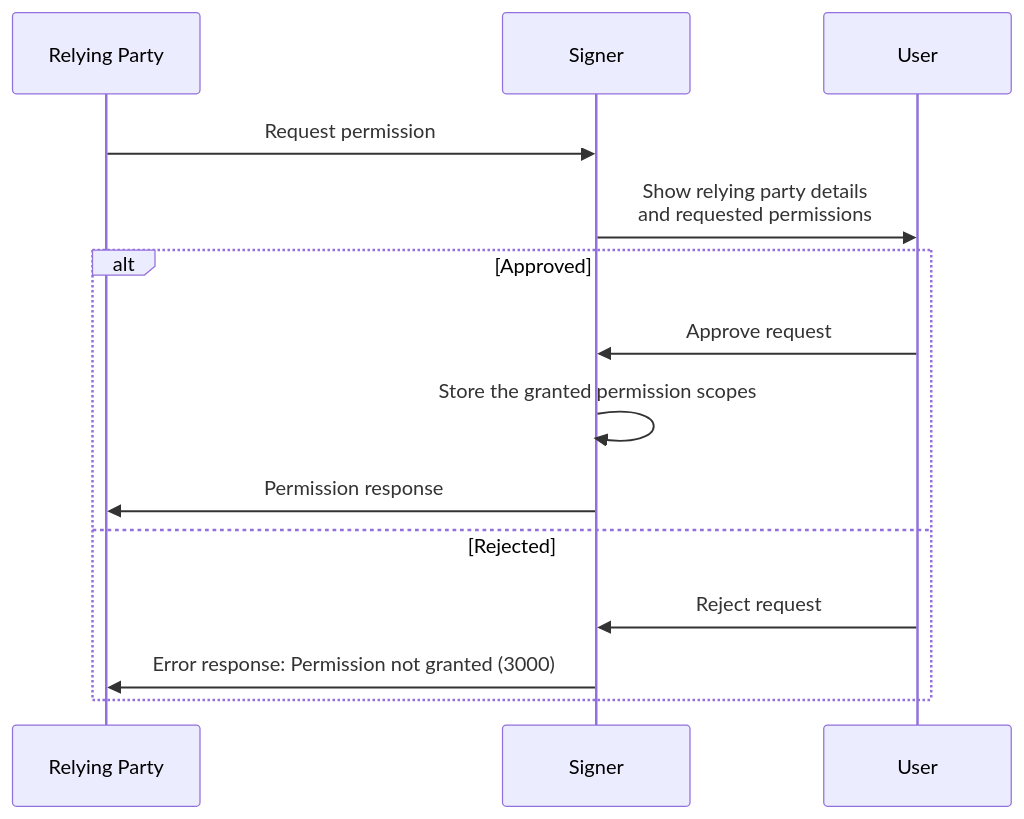
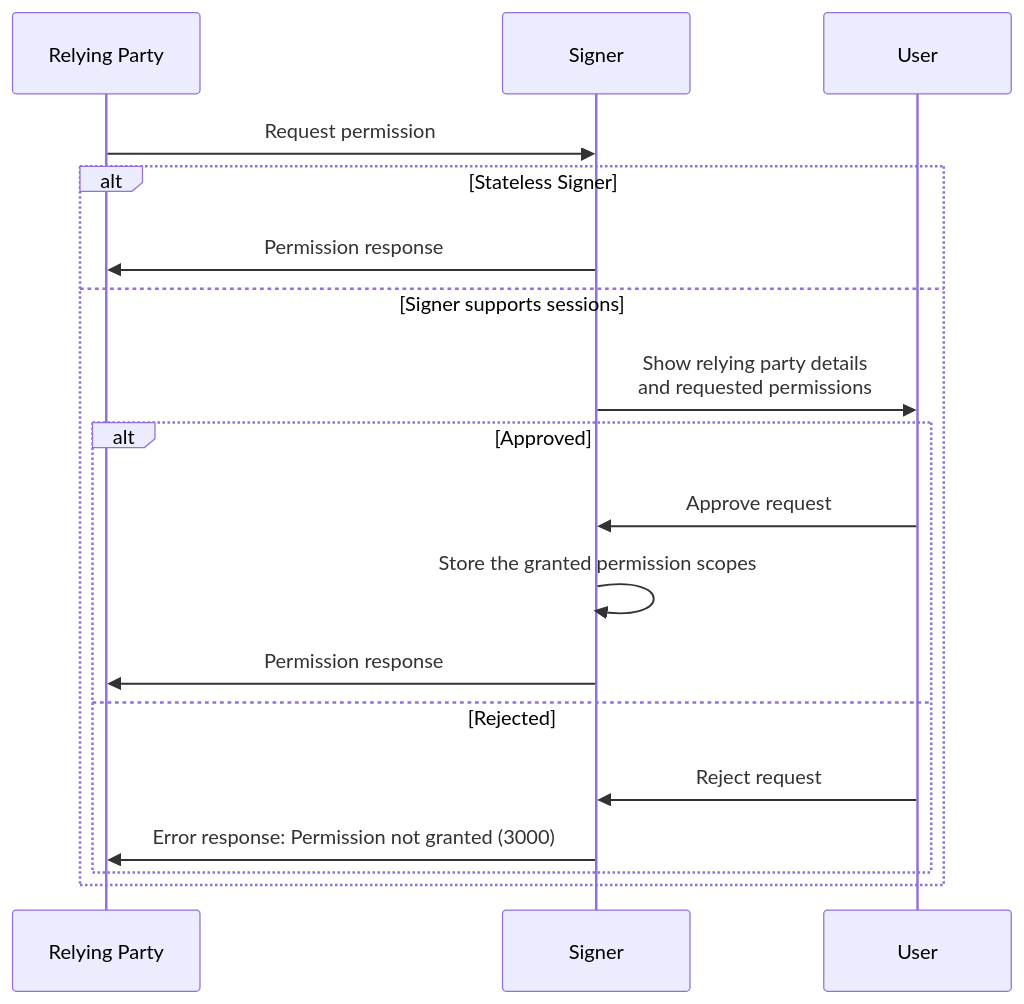
The first of 4 diagrams in topics/icrc_25_signer_interaction_standard.md (dfinity/wg-identity-authentication), drawn with Mermaid before and after one commit. The commit also changed other lines of this file, not shown here.

First line of the commit message:
ICRC-25: Remove wildcard permission and support stateless signers (#173)

````diff
--- a/topics/icrc_25_signer_interaction_standard.md
+++ b/topics/icrc_25_signer_interaction_standard.md
@@ -168,17 +144,21 @@
 ```mermaid
 sequenceDiagram
     participant RP as Relying Party
     participant S as Signer
     participant U as User
 
     RP ->> S: Request permission
-    S ->> U: Show relying party details<br>and requested permissions
-    alt Approved
-        U ->> S: Approve request
-        S ->> S: Store the granted permission scopes
+    alt Stateless Signer
         S ->> RP: Permission response
-    else Rejected
-        U ->> S: Reject request
-        S ->> RP: Error response: Permission not granted (3000)
+    else Signer supports sessions 
+        S ->> U: Show relying party details<br>and requested permissions
+        alt Approved
+            U ->> S: Approve request
+            S ->> S: Store the granted permission scopes
+            S ->> RP: Permission response
+        else Rejected
+            U ->> S: Reject request
+            S ->> RP: Error response: Permission not granted (3000)
+        end
     end
 ```
````
